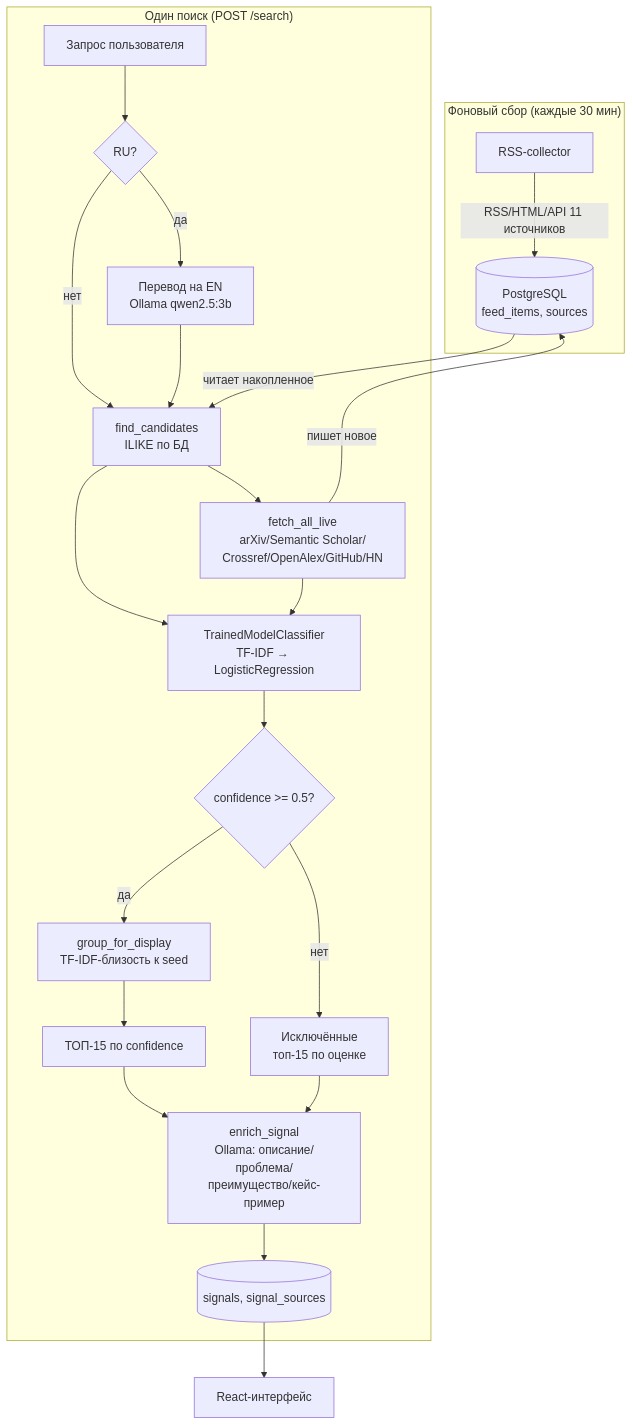
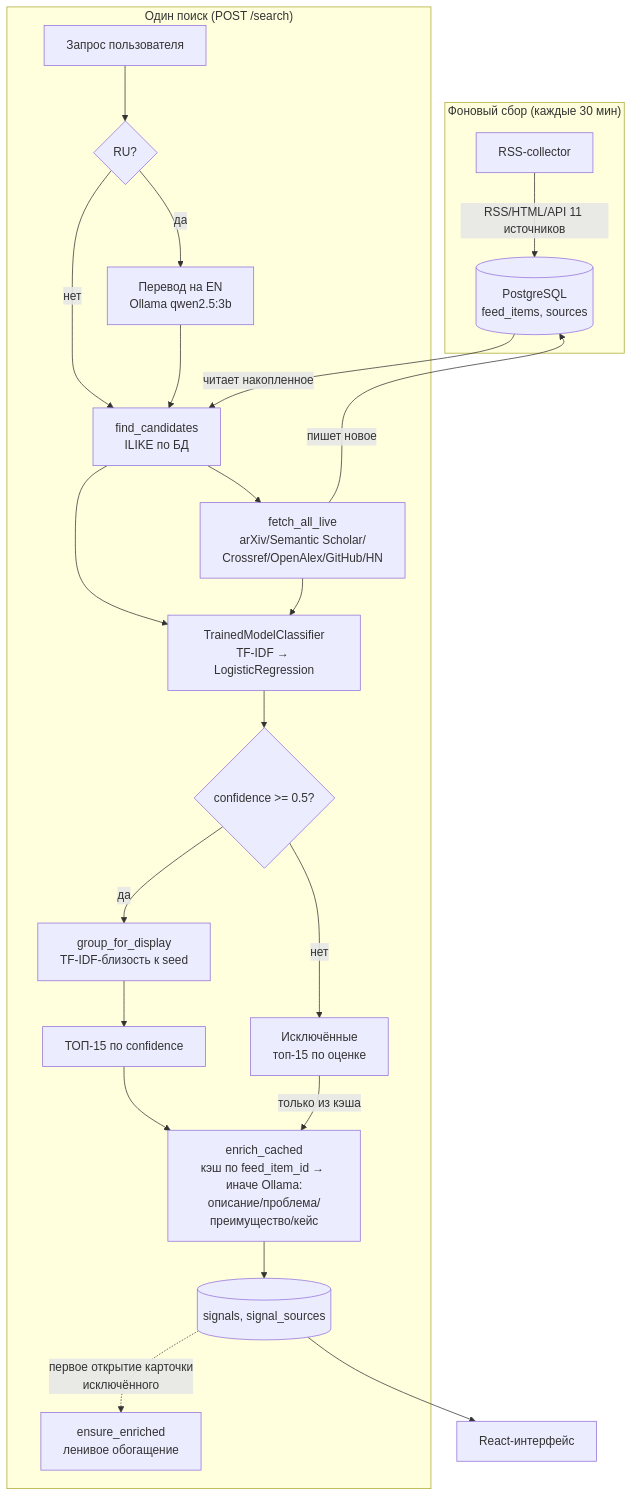
The diagram in docs/PIPELINE.md (F-kite/lct26_hakaton), drawn with Mermaid before and after one commit. The commit also changed other lines of this file and 6 other files, not shown here.

Commit message:
Ускорение выполнения запроса (параллельный live-поиск, ленивое дообогащение исключенных записей, обогащение через кэш)

````diff
--- a/docs/PIPELINE.md
+++ b/docs/PIPELINE.md
@@ -9,27 +9,28 @@
 ```mermaid
 flowchart TB
     subgraph background["Фоновый сбор (каждые 30 мин)"]
         RSS[RSS-collector] -->|RSS/HTML/API 11 источников| DB[(PostgreSQL<br/>feed_items, sources)]
     end
 
     subgraph search["Один поиск (POST /search)"]
         Q[Запрос пользователя] --> T{RU?}
         T -->|да| TR[Перевод на EN<br/>Ollama qwen2.5:3b]
         T -->|нет| C
         TR --> C[find_candidates<br/>ILIKE по БД]
         C --> L[fetch_all_live<br/>arXiv/Semantic Scholar/<br/>Crossref/OpenAlex/GitHub/HN]
         L -->|пишет новое| DB
         DB -->|читает накопленное| C
         C --> S[TrainedModelClassifier<br/>TF-IDF → LogisticRegression]
         L --> S
         S --> F{confidence >= 0.5?}
         F -->|да| G[group_for_display<br/>TF-IDF-близость к seed]
         F -->|нет| EX[Исключённые<br/>топ-15 по оценке]
         G --> TOP[ТОП-15 по confidence]
-        TOP --> EN[enrich_signal<br/>Ollama: описание/проблема/<br/>преимущество/кейс-пример]
-        EX --> EN
+        TOP --> EN[enrich_cached<br/>кэш по feed_item_id → иначе Ollama:<br/>описание/проблема/преимущество/кейс]
+        EX -->|только из кэша| EN
         EN --> SAVE[(signals, signal_sources)]
+        SAVE -.->|первое открытие карточки<br/>исключённого| LZ[ensure_enriched<br/>ленивое обогащение]
     end
 
     SAVE --> UI[React-интерфейс]
 ```
````
